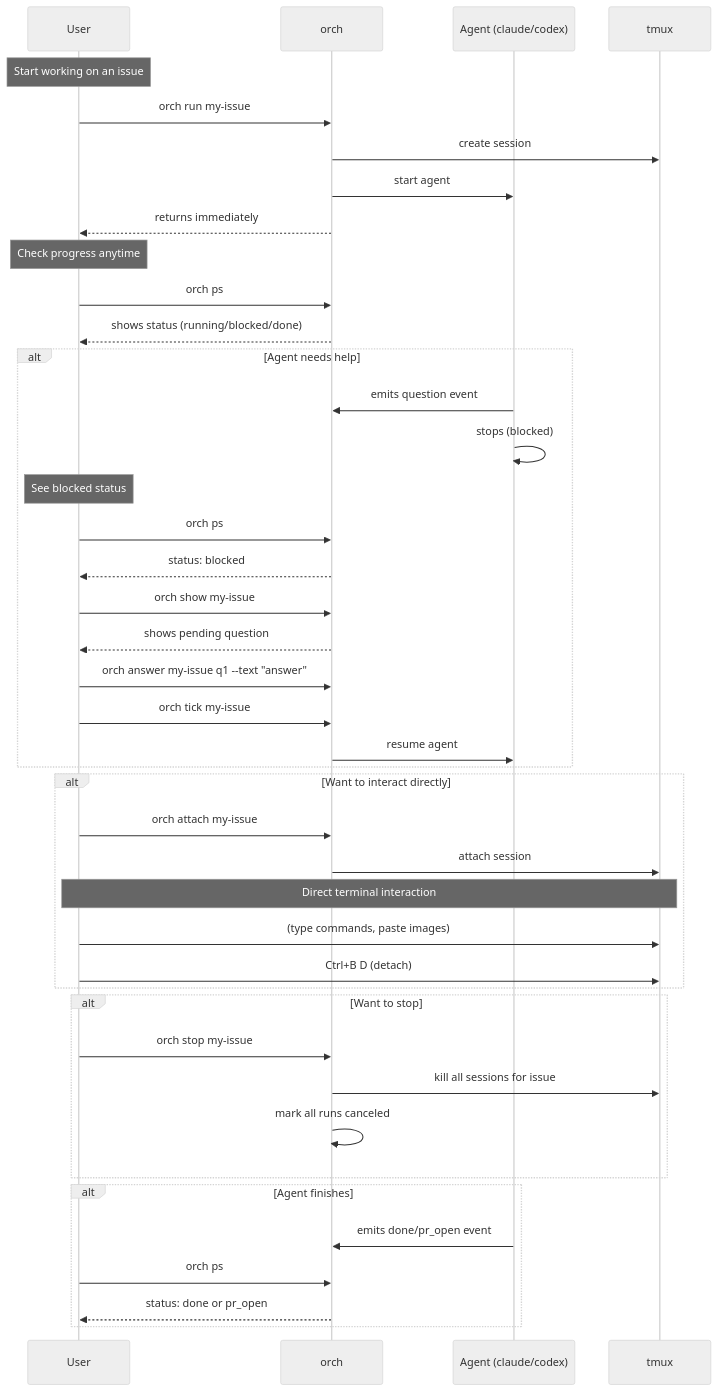
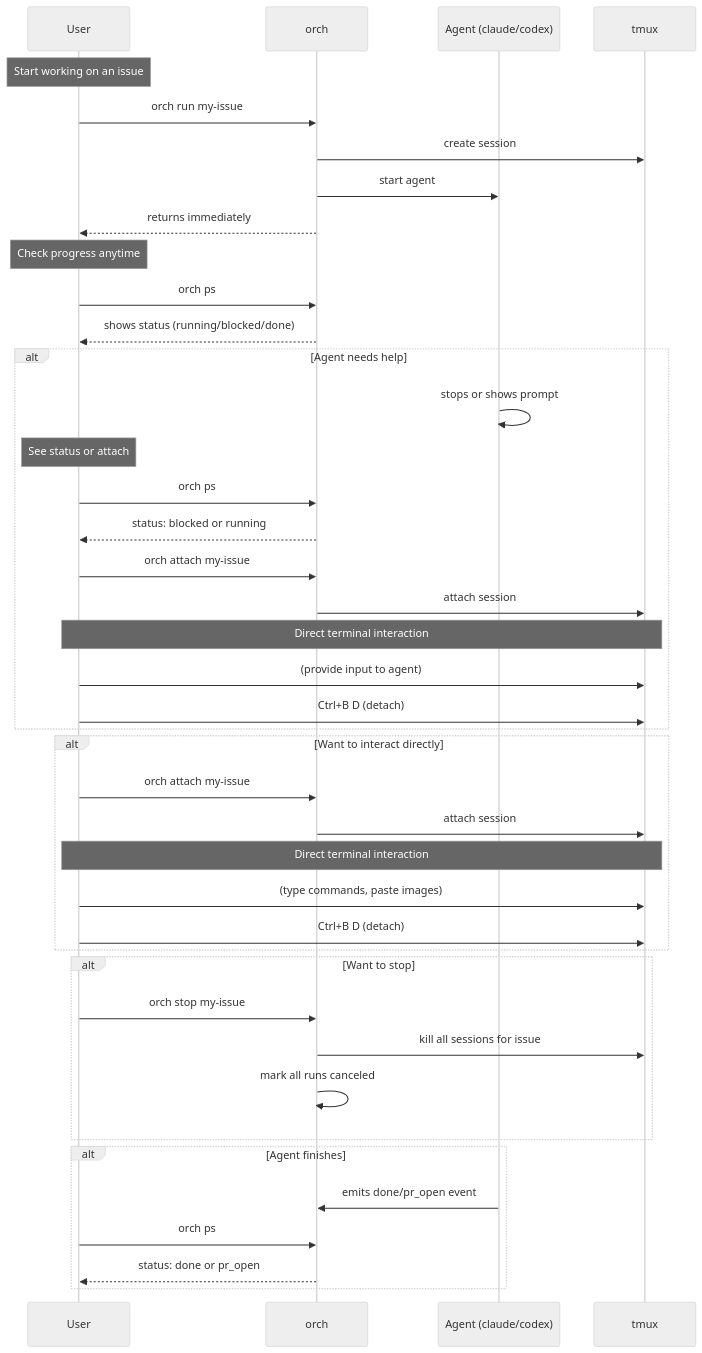
One commit to proboscis/orch changed the first of 3 diagrams in README.md. Above: the diagram before and after it, drawn with Mermaid (neutral theme). The commit also changed other lines of this file and 17 other files, not shown here.

````diff
--- a/README.md
+++ b/README.md
@@ -11,50 +11,49 @@
 ```mermaid
 sequenceDiagram
     participant U as User
     participant O as orch
     participant A as Agent (claude/codex)
     participant T as tmux
 
     Note over U: Start working on an issue
     U->>O: orch run my-issue
     O->>T: create session
     O->>A: start agent
     O-->>U: returns immediately
 
     Note over U: Check progress anytime
     U->>O: orch ps
     O-->>U: shows status (running/blocked/done)
 
     alt Agent needs help
-        A->>O: emits question event
-        A->>A: stops (blocked)
-        Note over U: See blocked status
+        A->>A: stops or shows prompt
+        Note over U: See status or attach
         U->>O: orch ps
-        O-->>U: status: blocked
-        U->>O: orch show my-issue
-        O-->>U: shows pending question
-        U->>O: orch answer my-issue q1 --text "answer"
-        U->>O: orch tick my-issue
-        O->>A: resume agent
+        O-->>U: status: blocked or running
+        U->>O: orch attach my-issue
+        O->>T: attach session
+        Note over U,T: Direct terminal interaction
+        U->>T: (provide input to agent)
+        U->>T: Ctrl+B D (detach)
     end
 
     alt Want to interact directly
         U->>O: orch attach my-issue
         O->>T: attach session
         Note over U,T: Direct terminal interaction
         U->>T: (type commands, paste images)
         U->>T: Ctrl+B D (detach)
     end
 
     alt Want to stop
         U->>O: orch stop my-issue
         O->>T: kill all sessions for issue
         O->>O: mark all runs canceled
     end
 
     alt Agent finishes
         A->>O: emits done/pr_open event
         U->>O: orch ps
         O-->>U: status: done or pr_open
     end
 ```
````
